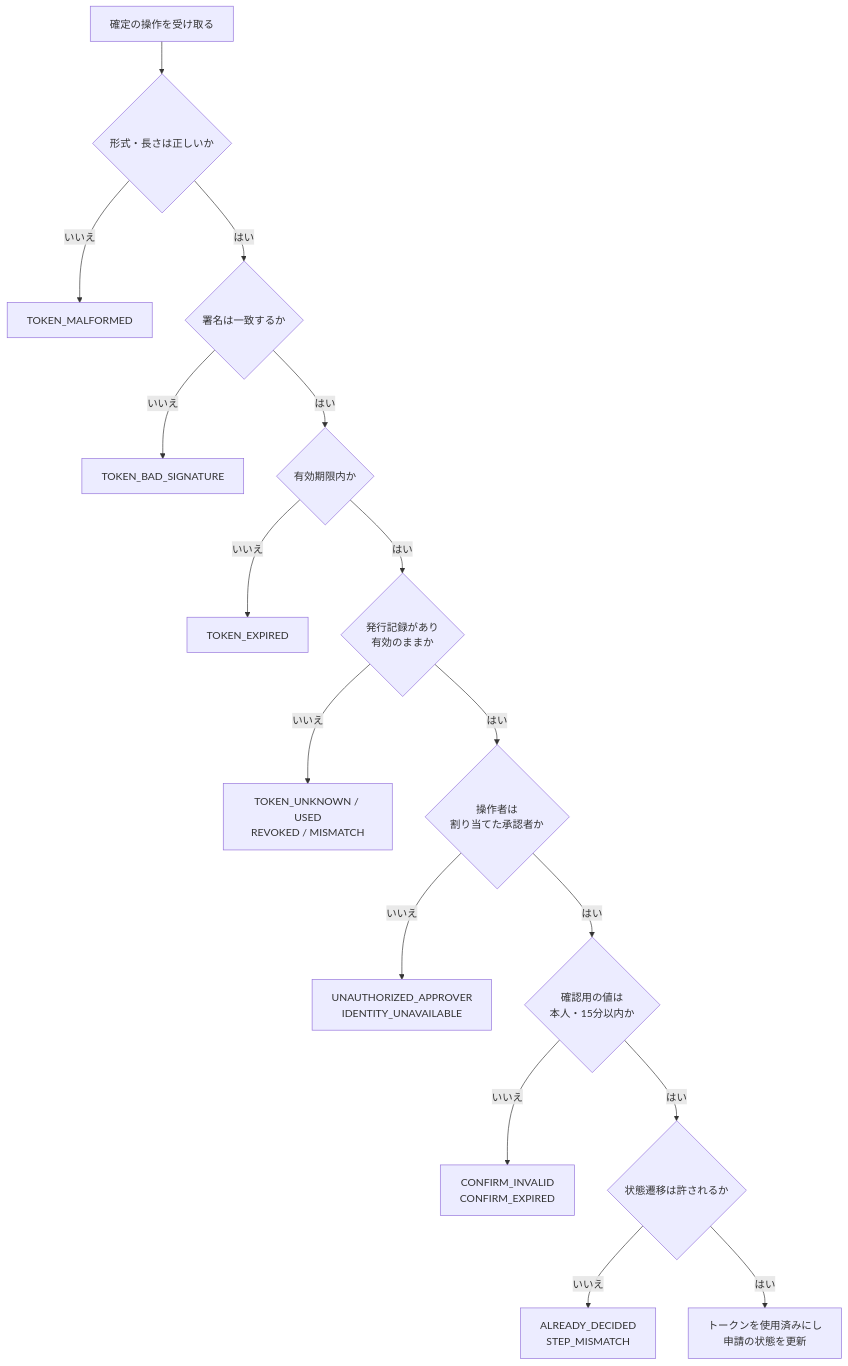
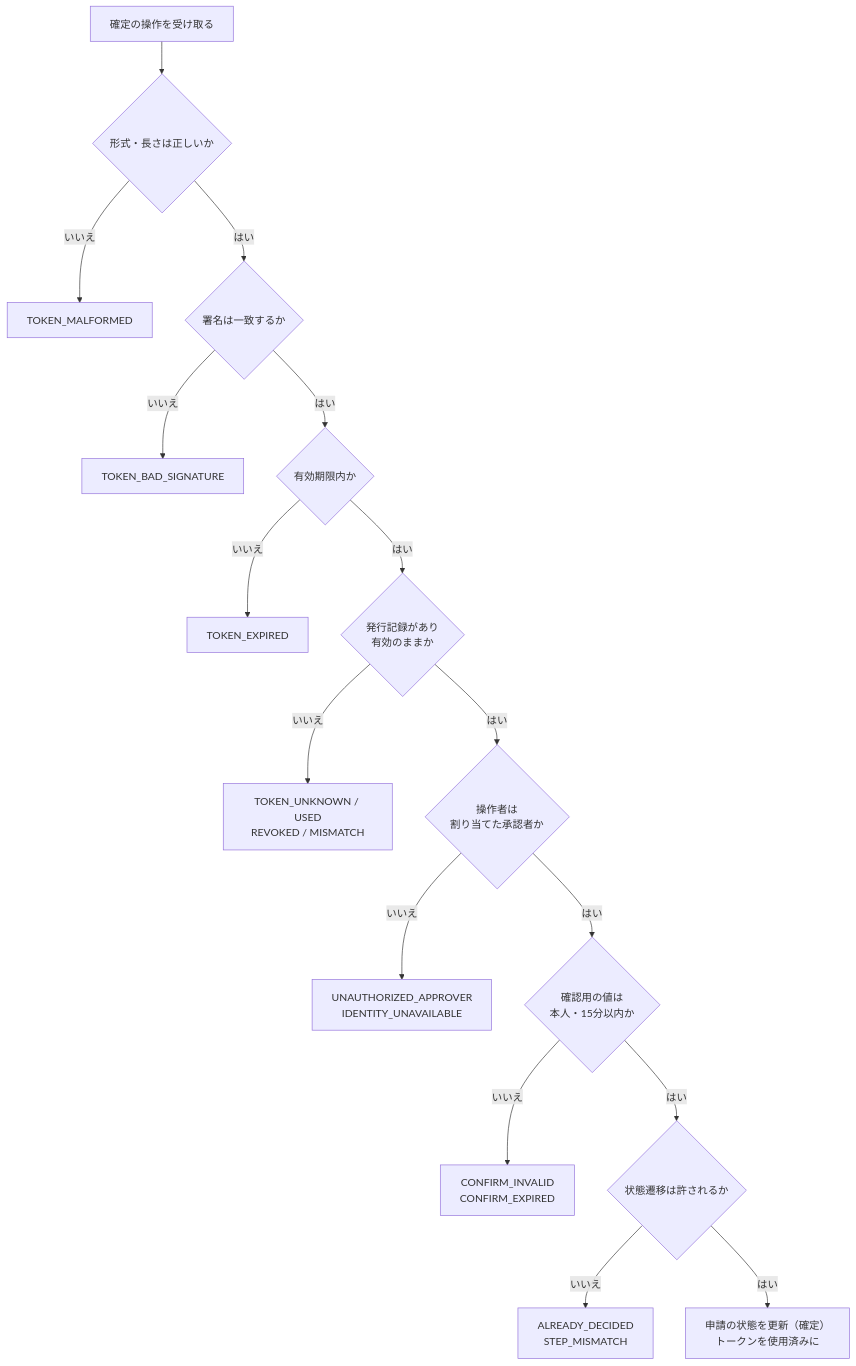
The second of 2 diagrams in docs/03_詳細設計.md (takato-y/gas-approval-workflow), drawn with Mermaid before and after one commit. The commit also changed other lines of this file and 6 other files, not shown here.

````diff
--- a/docs/03_詳細設計.md
+++ b/docs/03_詳細設計.md
@@ -65,18 +66,18 @@
 ```mermaid
 flowchart TD
   開始["確定の操作を受け取る"] --> 形式{"形式・長さは正しいか"}
   形式 -- いいえ --> 拒否1["TOKEN_MALFORMED"]
   形式 -- はい --> 署名{"署名は一致するか"}
   署名 -- いいえ --> 拒否2["TOKEN_BAD_SIGNATURE"]
   署名 -- はい --> 期限{"有効期限内か"}
   期限 -- いいえ --> 拒否3["TOKEN_EXPIRED"]
   期限 -- はい --> 記録{"発行記録があり<br/>有効のままか"}
   記録 -- いいえ --> 拒否4["TOKEN_UNKNOWN / USED<br/>REVOKED / MISMATCH"]
   記録 -- はい --> 本人{"操作者は<br/>割り当てた承認者か"}
   本人 -- いいえ --> 拒否5["UNAUTHORIZED_APPROVER<br/>IDENTITY_UNAVAILABLE"]
   本人 -- はい --> 確認値{"確認用の値は<br/>本人・15分以内か"}
   確認値 -- いいえ --> 拒否6["CONFIRM_INVALID<br/>CONFIRM_EXPIRED"]
   確認値 -- はい --> 状態{"状態遷移は許されるか"}
   状態 -- いいえ --> 拒否7["ALREADY_DECIDED<br/>STEP_MISMATCH"]
-  状態 -- はい --> 更新["トークンを使用済みにし<br/>申請の状態を更新"]
+  状態 -- はい --> 更新["申請の状態を更新（確定）<br/>トークンを使用済みに"]
 ```
````
